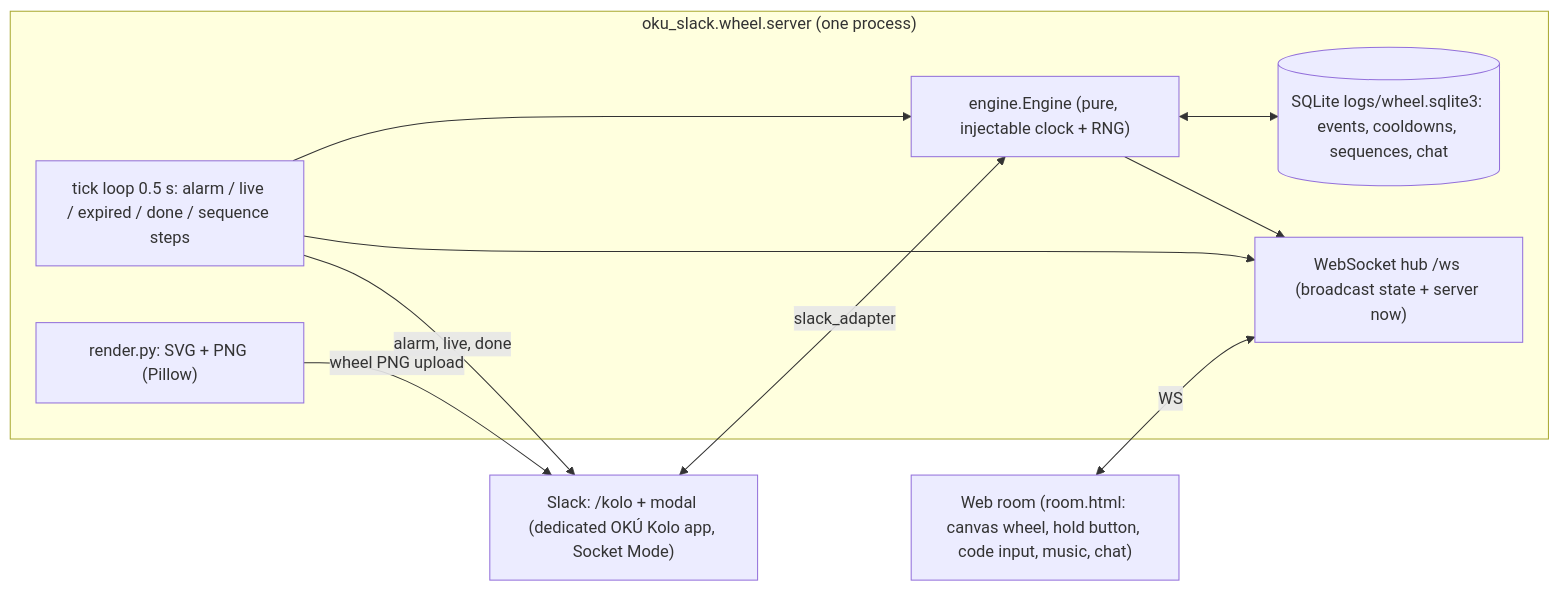
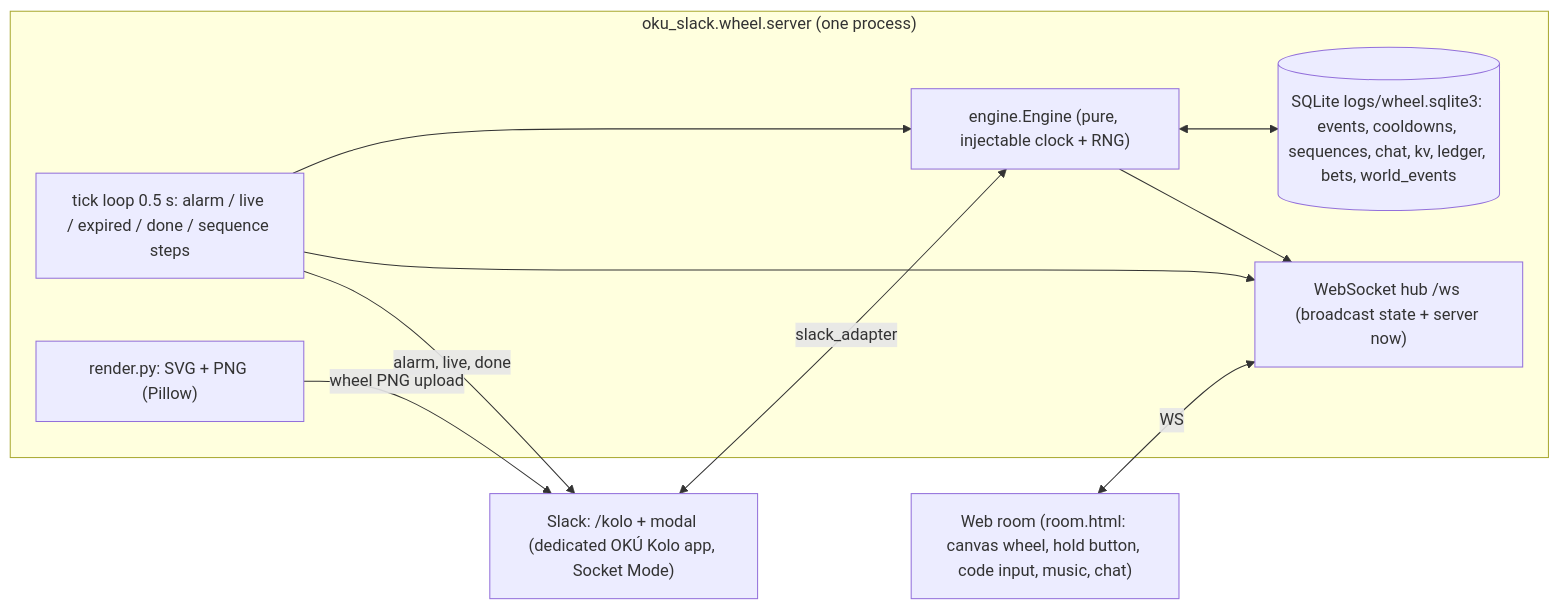
Before and after one commit to kore-void/oku-slack: the first of 2 diagrams in docs/WHEEL.md, drawn with Mermaid. The commit also changed other lines of this file and 3 other files, not shown here.

Commit message:
Ops/docs (B8): deploy-wheel-room.ps1 defaults to the named tunnel wss://kolo-ws.itzkore.cz/ws (-QuickTunnel for the legacy path); run-wheel-room.ps1 -Test runs the full suite; README test command uses .venv-wheel; WHEEL.md sweep (autostart, quorum, panel resilience, public room/tunnel, world layer)

````diff
--- a/docs/WHEEL.md
+++ b/docs/WHEEL.md
@@ -8,18 +8,18 @@
 ```mermaid
 flowchart LR
   subgraph Service["oku_slack.wheel.server (one process)"]
     E["engine.Engine (pure, injectable clock + RNG)"]
-    DB[("SQLite logs/wheel.sqlite3: events, cooldowns, sequences, chat")]
+    DB[("SQLite logs/wheel.sqlite3: events, cooldowns, sequences, chat, kv, ledger, bets, world_events")]
     T["tick loop 0.5 s: alarm / live / expired / done / sequence steps"]
     H["WebSocket hub /ws (broadcast state + server now)"]
     R["render.py: SVG + PNG (Pillow)"]
     E <--> DB
     T --> E
     T --> H
     E --> H
   end
   Room["Web room (room.html: canvas wheel, hold button, code input, music, chat)"] <-->|WS| H
   Slack["Slack: /kolo + modal (dedicated OKÚ Kolo app, Socket Mode)"] <-->|slack_adapter| E
   T -->|alarm, live, done| Slack
   R -->|wheel PNG upload| Slack
 ```
````
